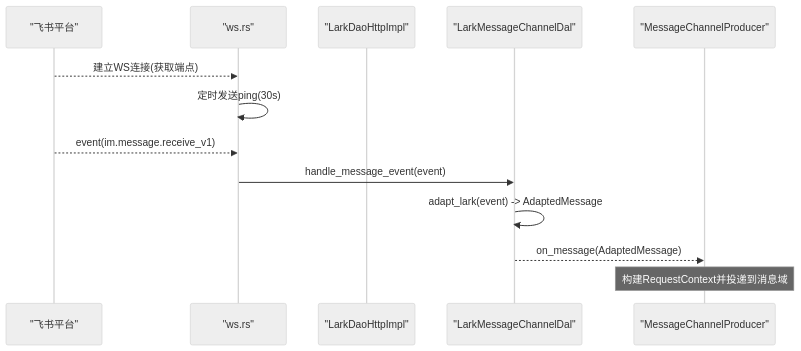
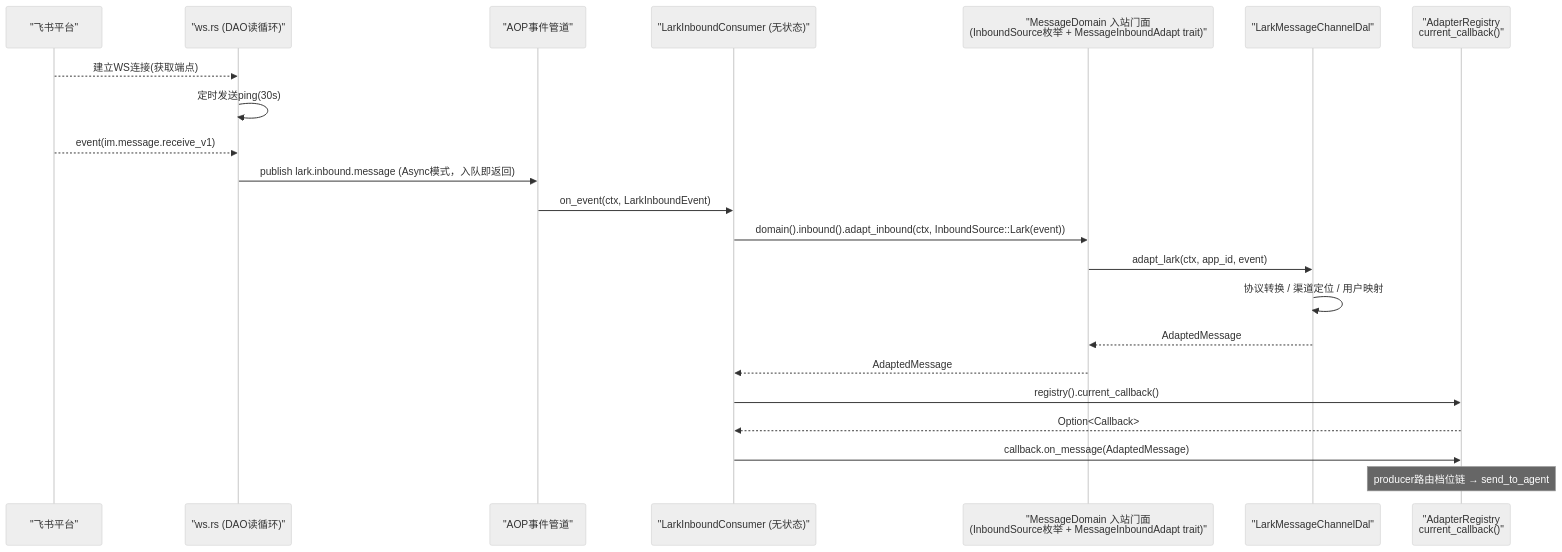
One commit to runningcoders/ai_orz changed the third of 4 diagrams in docs/wiki/zh/content/项目概述/核心功能特性/多渠道消息系统/消息渠道适配器.md. Above: the diagram before and after it, drawn with Mermaid (neutral theme). The commit also changed other lines of this file and 11 other files, not shown here.

````diff
--- a/docs/wiki/zh/content/项目概述/核心功能特性/多渠道消息系统/消息渠道适配器.md
+++ b/docs/wiki/zh/content/项目概述/核心功能特性/多渠道消息系统/消息渠道适配器.md
@@ -176,15 +181,24 @@
 ```mermaid
 sequenceDiagram
 participant FE as "飞书平台"
-participant WS as "ws.rs"
-participant LDao as "LarkDaoHttpImpl"
-participant Adapter as "LarkMessageChannelDal"
-participant Prod as "MessageChannelProducer"
+participant WS as "ws.rs (DAO读循环)"
+participant Pipe as "AOP事件管道"
+participant Consumer as "LarkInboundConsumer (无状态)"
+participant Domain as "MessageDomain 入站门面<br/>(InboundSource枚举 + MessageInboundAdapt trait)"
+participant DAL as "LarkMessageChannelDal"
+participant Registry as "AdapterRegistry<br/>current_callback()"
 FE-->>WS : 建立WS连接(获取端点)
 WS->>WS : 定时发送ping(30s)
 FE-->>WS : event(im.message.receive_v1)
-WS->>Adapter : handle_message_event(event)
-Adapter->>Adapter : adapt_lark(event) -> AdaptedMessage
-Adapter-->>Prod : on_message(AdaptedMessage)
-Note over Prod : 构建RequestContext并投递到消息域
+WS->>Pipe : publish lark.inbound.message (Async模式，入队即返回)
+Pipe->>Consumer : on_event(ctx, LarkInboundEvent)
+Consumer->>Domain : domain().inbound().adapt_inbound(ctx, InboundSource::Lark(event))
+Domain->>DAL : adapt_lark(ctx, app_id, event)
+DAL->>DAL : 协议转换 / 渠道定位 / 用户映射
+DAL-->>Domain : AdaptedMessage
+Domain-->>Consumer : AdaptedMessage
+Consumer->>Registry : registry().current_callback()
+Registry-->>Consumer : Option<Callback>
+Consumer->>Registry : callback.on_message(AdaptedMessage)
+Note over Registry : producer路由档位链 → send_to_agent
 ```
````
